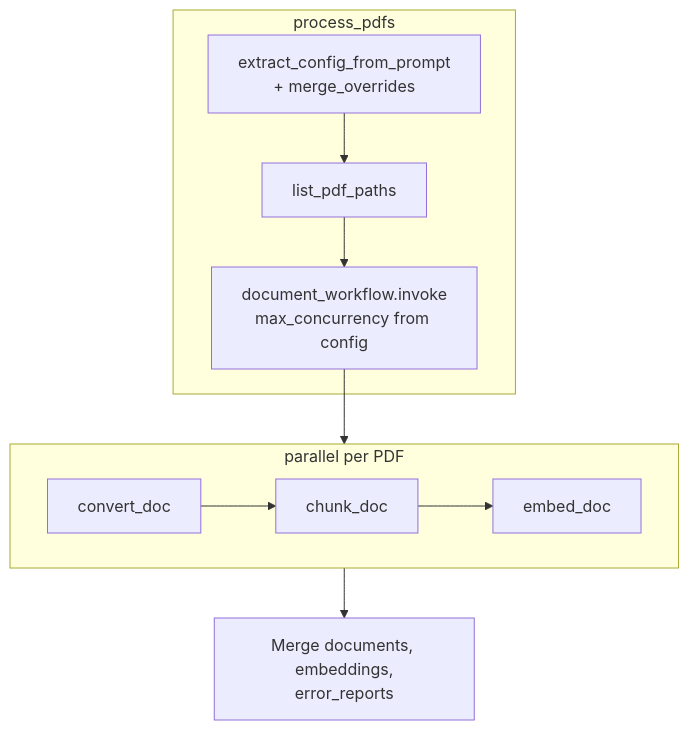
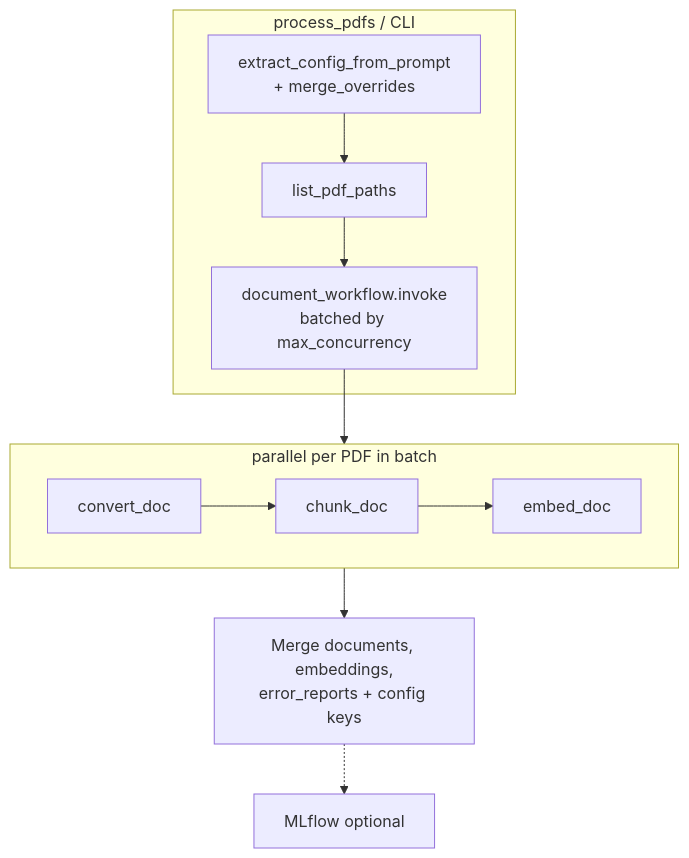
Before and after one commit to mcaimi/docling-agent: the first of 3 diagrams in AGENTS.md, drawn with Mermaid. The commit also changed other lines of this file and 1 other file, not shown here.

````diff
--- a/AGENTS.md
+++ b/AGENTS.md
@@ -87,17 +97,18 @@
 ```mermaid
 flowchart TB
-    subgraph orchestration [process_pdfs]
+    subgraph orchestration [process_pdfs / CLI]
         extract["extract_config_from_prompt<br/>+ merge_overrides"]
         listPDFs["list_pdf_paths"]
-        invoke["document_workflow.invoke<br/>max_concurrency from config"]
+        invoke["document_workflow.invoke<br/>batched by max_concurrency"]
         extract --> listPDFs --> invoke
     end
-    subgraph perDoc [parallel per PDF]
+    subgraph perDoc [parallel per PDF in batch]
         convert[convert_doc]
         chunk[chunk_doc]
         embed[embed_doc]
         convert --> chunk --> embed
     end
     invoke --> perDoc
-    perDoc --> merge["Merge documents, embeddings,<br/>error_reports"]
+    perDoc --> merge["Merge documents, embeddings,<br/>error_reports + config keys"]
+    merge -.-> mlflow[MLflow optional]
 ```
````
